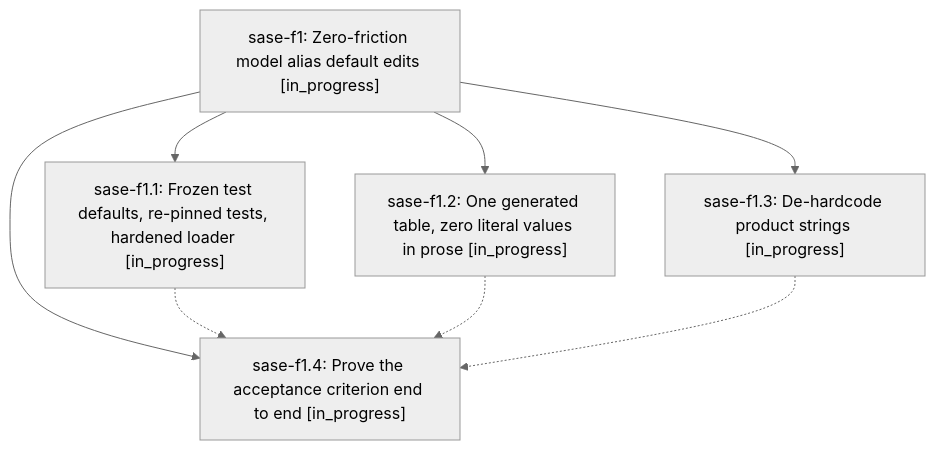
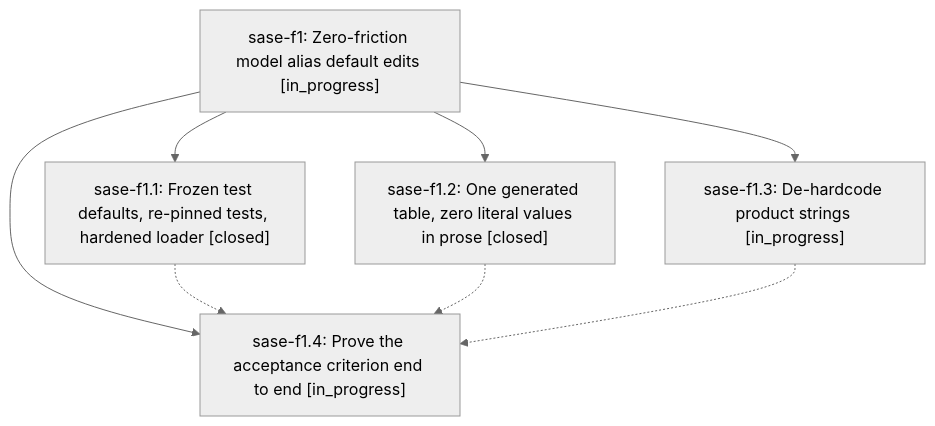
The diagram in pages/sase-f1/README.md (sase-org/sase--beads), drawn with Mermaid (neutral theme) before and after one commit. The commit also changed other lines of this file and 3 other files, not shown here.

````diff
--- a/pages/sase-f1/README.md
+++ b/pages/sase-f1/README.md
@@ -25,15 +25,15 @@
 ```mermaid
 flowchart TD
     n0["sase-f1: Zero-friction model alias default edits [in_progress]"]
-    n1["sase-f1.1: Frozen test defaults, re-pinned tests, hardened loader [in_progress]"]
-    n2["sase-f1.2: One generated table, zero literal values in prose [in_progress]"]
+    n1["sase-f1.1: Frozen test defaults, re-pinned tests, hardened loader [closed]"]
+    n2["sase-f1.2: One generated table, zero literal values in prose [closed]"]
     n3["sase-f1.3: De-hardcode product strings [in_progress]"]
     n4["sase-f1.4: Prove the acceptance criterion end to end [in_progress]"]
     n0 --> n1
     n0 --> n2
     n0 --> n3
     n0 --> n4
     n1 -.-> n4
     n2 -.-> n4
     n3 -.-> n4
 ```
````
